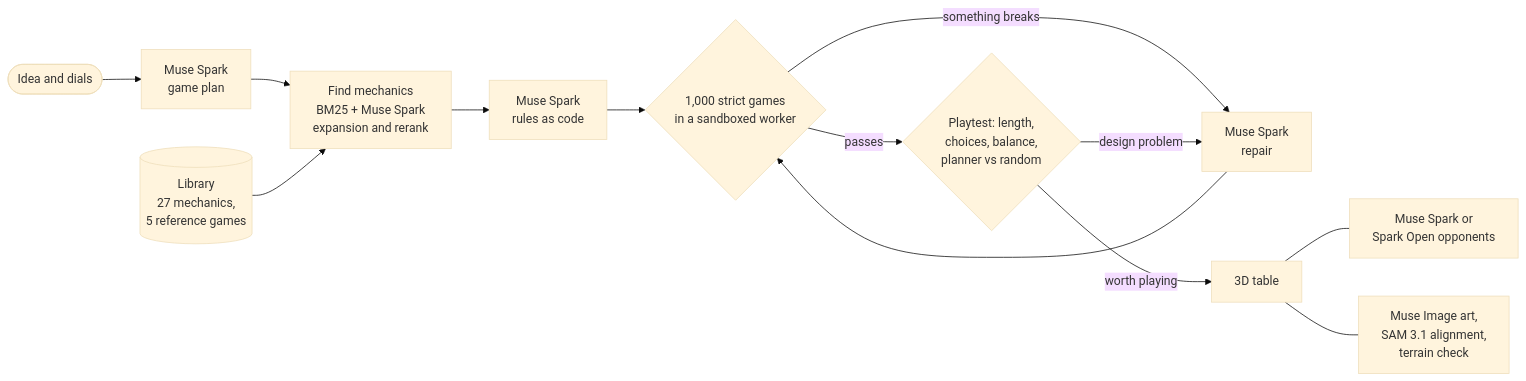
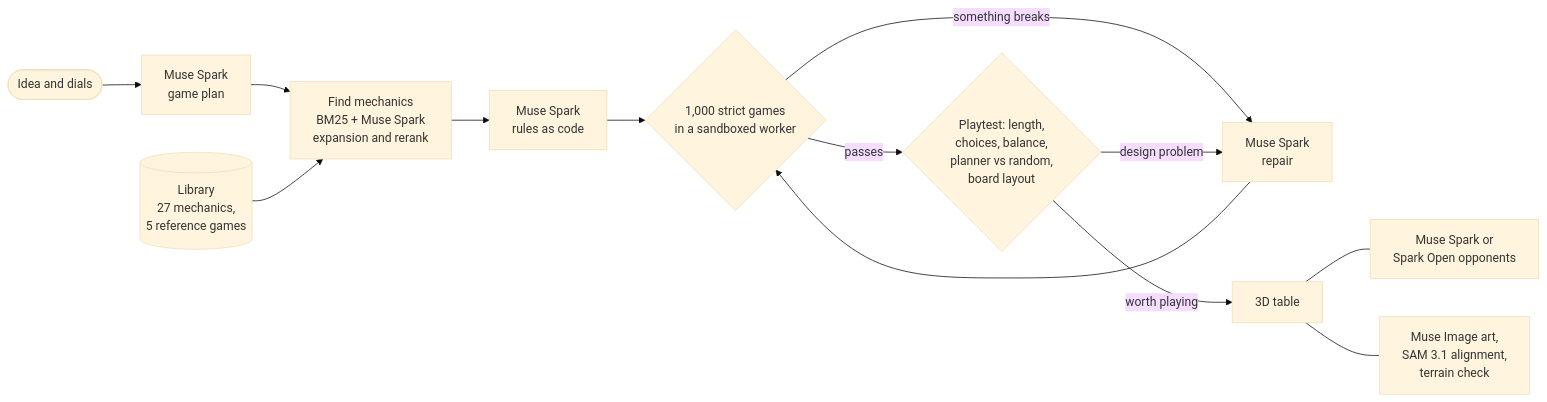
The diagram in README.md (AnnieQian1212/BoardDream), drawn with Mermaid (base theme) before and after one commit. The commit also changed other lines of this file and 3 other files, not shown here.

````diff
--- a/README.md
+++ b/README.md
@@ -18,15 +18,15 @@
 ```mermaid
 flowchart LR
   idea([Idea and dials]) --> spec[Muse Spark<br/>game plan]
   spec --> find[Find mechanics<br/>BM25 + Muse Spark<br/>expansion and rerank]
   lib[(Library<br/>27 mechanics,<br/>5 reference games)] --> find
   find --> code[Muse Spark<br/>rules as code]
   code --> fuzz{1,000 strict games<br/>in a sandboxed worker}
   fuzz -- something breaks --> fix[Muse Spark<br/>repair]
   fix --> fuzz
-  fuzz -- passes --> test{Playtest: length,<br/>choices, balance,<br/>planner vs random}
+  fuzz -- passes --> test{Playtest: length,<br/>choices, balance,<br/>planner vs random,<br/>board layout}
   test -- design problem --> fix
   test -- worth playing --> table[3D table]
   table --- opponents[Muse Spark or<br/>Spark Open opponents]
   table --- art[Muse Image art,<br/>SAM 3.1 alignment,<br/>terrain check]
 ```
````
